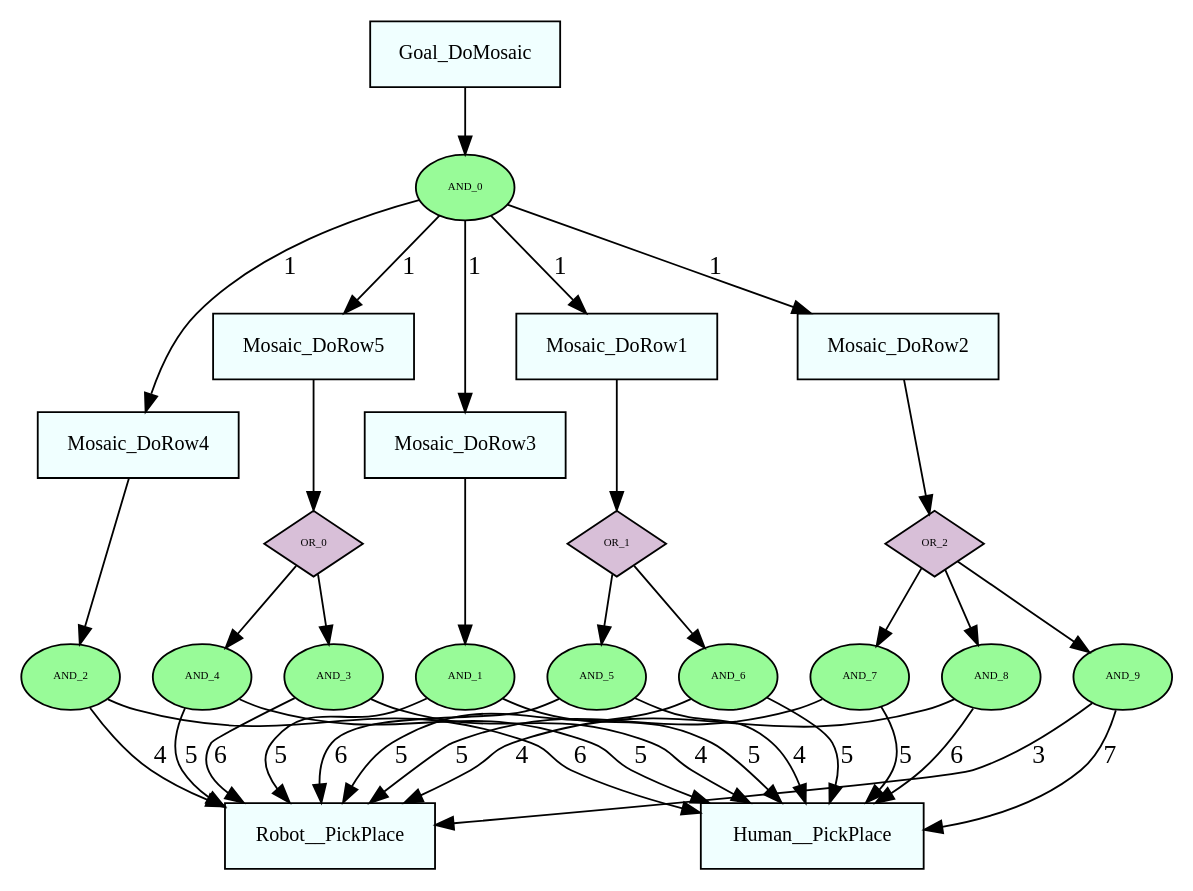
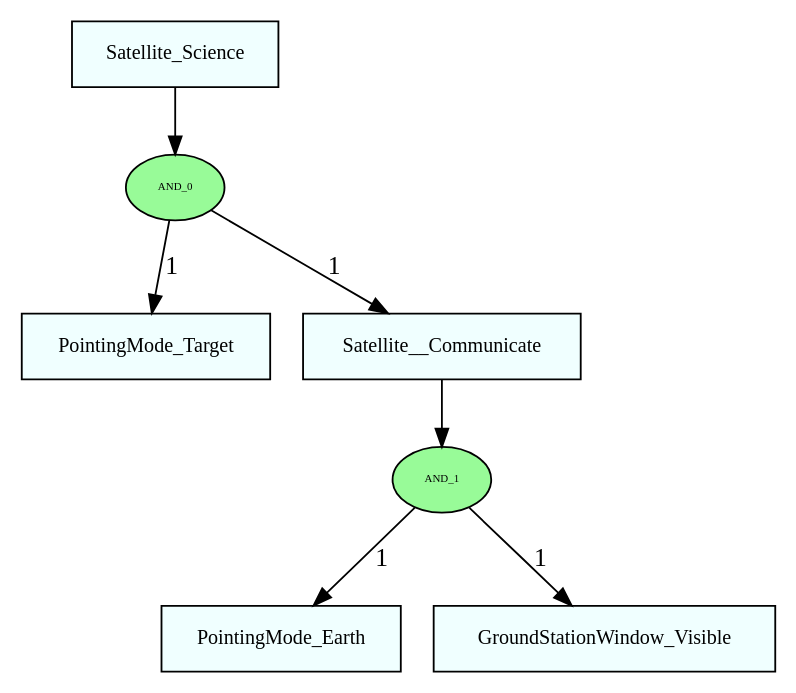
The diagram in decomposition_graph.dot (pstlab/roxanne_sa), drawn with Graphviz before and after one commit. The commit also changed 485 other files, not shown here.

```diff
--- a/decomposition_graph.dot
+++ b/decomposition_graph.dot
@@ -1,54 +1,13 @@
 digraph decomposition_graph {
 	rankdir=TB;
 	node [fontsize=11, style=filled, fillcolor=azure, shape = box]
 	AND_0 [fontsize=6, shape= oval, style=filled, fillcolor= palegreen];
-	Goal_DoMosaic -> AND_0;
-	AND_0 -> Mosaic_DoRow3 [label= "1"];
-	AND_0 -> Mosaic_DoRow4 [label= "1"];
-	AND_0 -> Mosaic_DoRow5 [label= "1"];
-	AND_0 -> Mosaic_DoRow1 [label= "1"];
-	AND_0 -> Mosaic_DoRow2 [label= "1"];
+	Satellite_Science -> AND_0;
+	AND_0 -> PointingMode_Target [label= "1"];
+	AND_0 -> Satellite__Communicate [label= "1"];
 	AND_1 [fontsize=6, shape= oval, style=filled, fillcolor= palegreen];
-	Mosaic_DoRow3 -> AND_1;
-	AND_1 -> Human__PickPlace [label= "5"];
-	AND_1 -> Robot__PickPlace [label= "5"];
-	AND_2 [fontsize=6, shape= oval, style=filled, fillcolor= palegreen];
-	Mosaic_DoRow4 -> AND_2;
-	AND_2 -> Human__PickPlace [label= "6"];
-	AND_2 -> Robot__PickPlace [label= "4"];
-	OR_0 [fontsize=6, shape= diamond, style=filled, fillcolor= thistle];
-	Mosaic_DoRow5 -> OR_0;
-	AND_3 [fontsize=6, shape= oval, style=filled, fillcolor= palegreen];
-	OR_0 -> AND_3;
-	AND_3 -> Human__PickPlace [label= "4"];
-	AND_3 -> Robot__PickPlace [label= "6"];
-	AND_4 [fontsize=6, shape= oval, style=filled, fillcolor= palegreen];
-	OR_0 -> AND_4;
-	AND_4 -> Human__PickPlace [label= "5"];
-	AND_4 -> Robot__PickPlace [label= "5"];
-	OR_1 [fontsize=6, shape= diamond, style=filled, fillcolor= thistle];
-	Mosaic_DoRow1 -> OR_1;
-	AND_5 [fontsize=6, shape= oval, style=filled, fillcolor= palegreen];
-	OR_1 -> AND_5;
-	AND_5 -> Human__PickPlace [label= "4"];
-	AND_5 -> Robot__PickPlace [label= "6"];
-	AND_6 [fontsize=6, shape= oval, style=filled, fillcolor= palegreen];
-	OR_1 -> AND_6;
-	AND_6 -> Human__PickPlace [label= "5"];
-	AND_6 -> Robot__PickPlace [label= "5"];
-	OR_2 [fontsize=6, shape= diamond, style=filled, fillcolor= thistle];
-	Mosaic_DoRow2 -> OR_2;
-	AND_7 [fontsize=6, shape= oval, style=filled, fillcolor= palegreen];
-	OR_2 -> AND_7;
-	AND_7 -> Human__PickPlace [label= "5"];
-	AND_7 -> Robot__PickPlace [label= "5"];
-	AND_8 [fontsize=6, shape= oval, style=filled, fillcolor= palegreen];
-	OR_2 -> AND_8;
-	AND_8 -> Human__PickPlace [label= "6"];
-	AND_8 -> Robot__PickPlace [label= "4"];
-	AND_9 [fontsize=6, shape= oval, style=filled, fillcolor= palegreen];
-	OR_2 -> AND_9;
-	AND_9 -> Human__PickPlace [label= "7"];
-	AND_9 -> Robot__PickPlace [label= "3"];
+	Satellite__Communicate -> AND_1;
+	AND_1 -> PointingMode_Earth [label= "1"];
+	AND_1 -> GroundStationWindow_Visible [label= "1"];
 
 }
```
